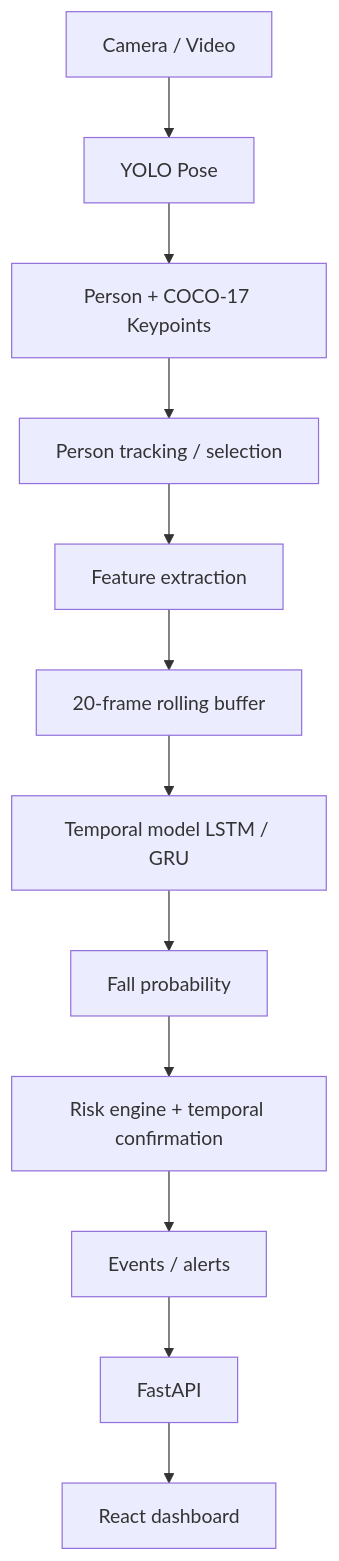
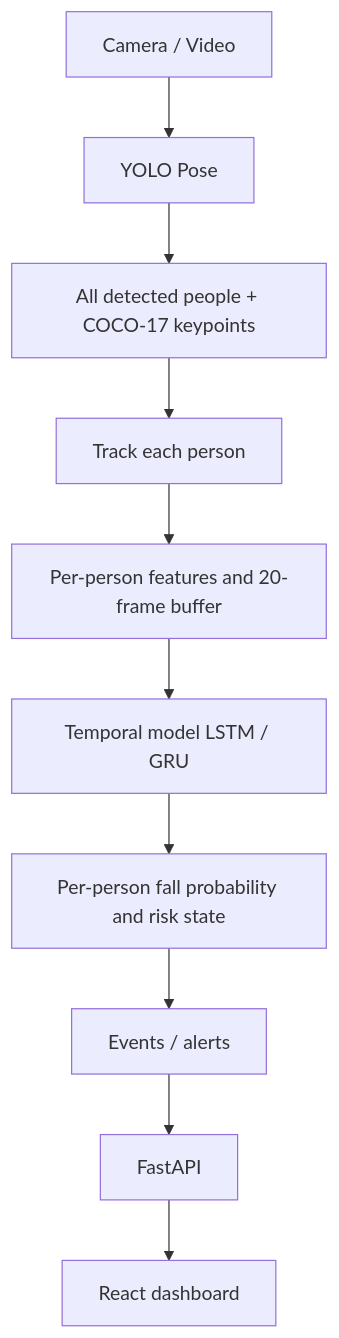
The diagram in README.md (Oshankhati/PatientSafetyAI), drawn with Mermaid before and after one commit. The commit also changed other lines of this file and 41 other files, not shown here.

````diff
--- a/README.md
+++ b/README.md
@@ -27,14 +27,12 @@
 ```mermaid
 flowchart TD
     A[Camera / Video] --> B[YOLO Pose]
-    B --> C[Person + COCO-17 Keypoints]
-    C --> D[Person tracking / selection]
-    D --> E[Feature extraction]
-    E --> F[20-frame rolling buffer]
-    F --> G[Temporal model LSTM / GRU]
-    G --> H[Fall probability]
-    H --> I[Risk engine + temporal confirmation]
-    I --> J[Events / alerts]
-    J --> K[FastAPI]
-    K --> L[React dashboard]
+    B --> C[All detected people + COCO-17 keypoints]
+    C --> D[Track each person]
+    D --> E[Per-person features and 20-frame buffer]
+    E --> F[Temporal model LSTM / GRU]
+    F --> G[Per-person fall probability and risk state]
+    G --> H[Events / alerts]
+    H --> I[FastAPI]
+    I --> J[React dashboard]
 ```
````
